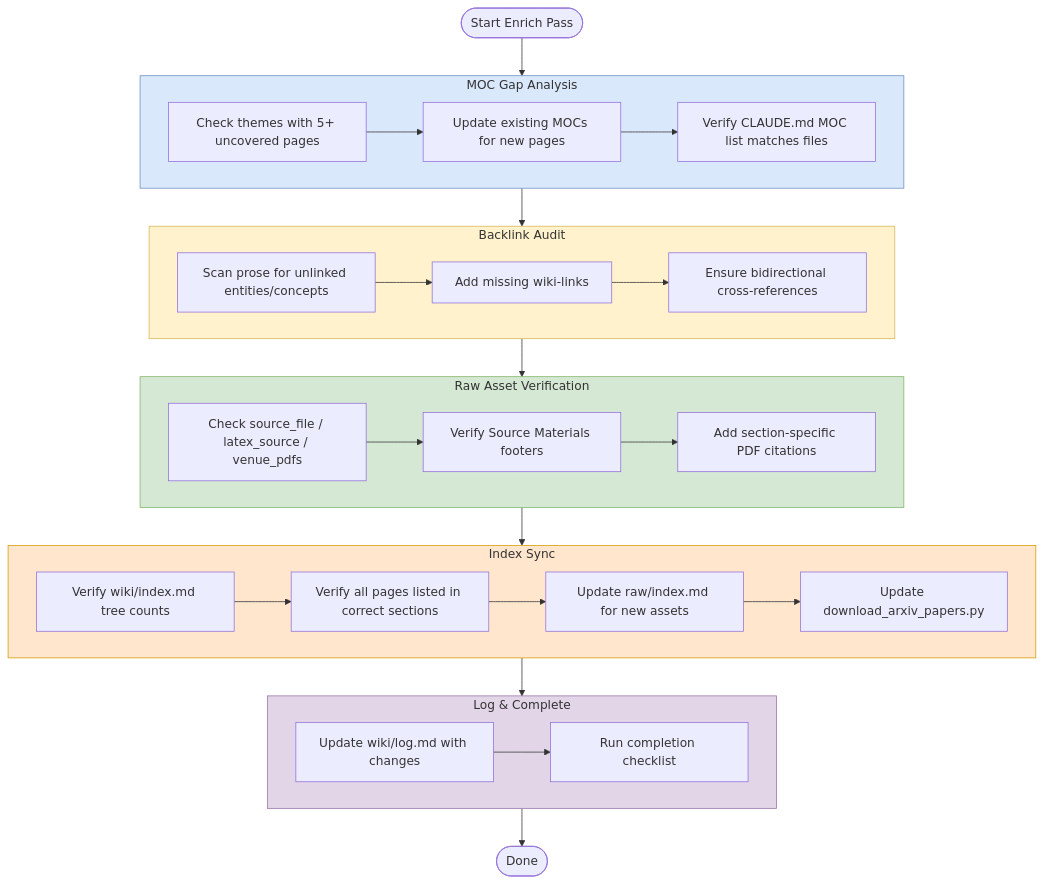
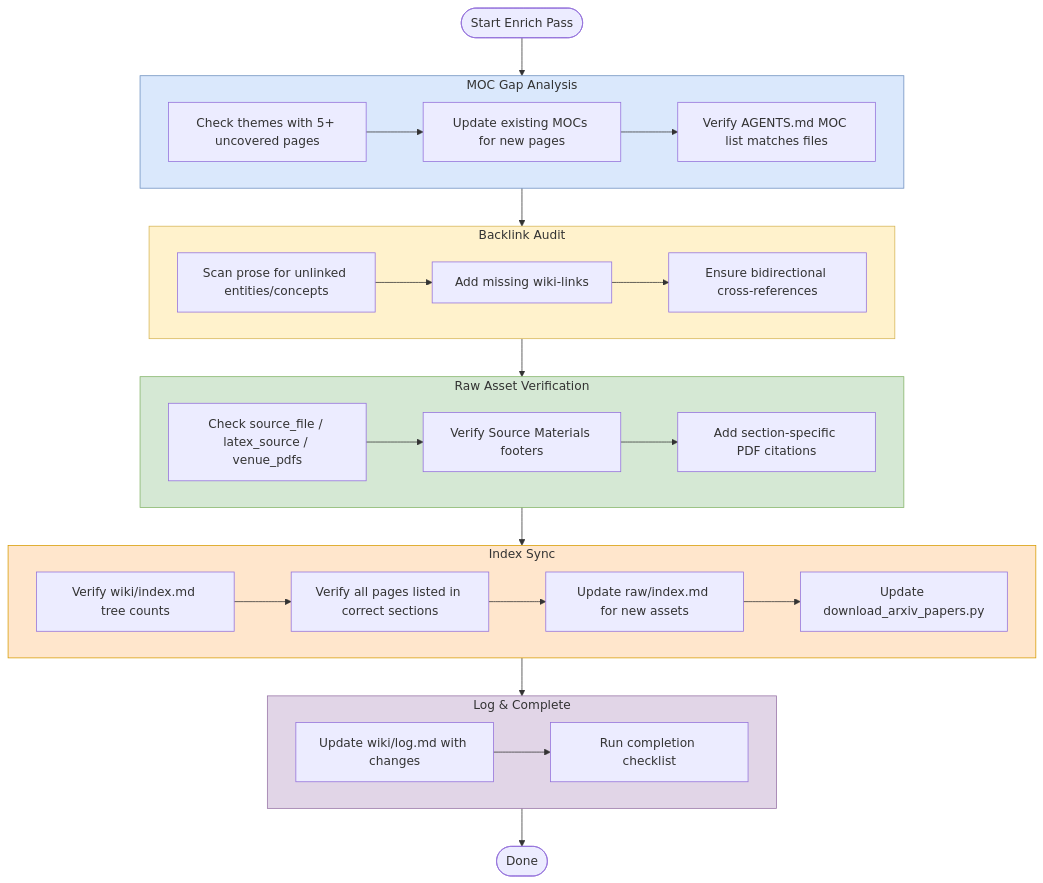
The diagram in workflows/enrich.md (CompleteTech-LLC-AI-Research/beyond-the-token-bottleneck), drawn with Mermaid before and after one commit. The commit also changed other lines of this file and 13 other files, not shown here.

````diff
--- a/workflows/enrich.md
+++ b/workflows/enrich.md
@@ -3,54 +3,54 @@
 ```mermaid
 graph TD
     Start([Start Enrich Pass]) --> MOC
 
     subgraph MOC["MOC Gap Analysis"]
         style MOC fill:#dae8fc,stroke:#6c8ebf
         M1[Check themes with 5+ uncovered pages]
         M2[Update existing MOCs for new pages]
-        M3[Verify CLAUDE.md MOC list matches files]
+M3[Verify AGENTS.md MOC list matches files]
         M1 --> M2 --> M3
     end
 
     MOC --> BL
 
     subgraph BL["Backlink Audit"]
         style BL fill:#fff2cc,stroke:#d6b656
         B1[Scan prose for unlinked entities/concepts]
         B2[Add missing wiki-links]
         B3[Ensure bidirectional cross-references]
         B1 --> B2 --> B3
     end
 
     BL --> RA
 
     subgraph RA["Raw Asset Verification"]
         style RA fill:#d5e8d4,stroke:#82b366
         R1[Check source_file / latex_source / venue_pdfs]
         R2[Verify Source Materials footers]
         R3[Add section-specific PDF citations]
         R1 --> R2 --> R3
     end
 
     RA --> IX
 
     subgraph IX["Index Sync"]
         style IX fill:#ffe6cc,stroke:#d79b00
         I1[Verify wiki/index.md tree counts]
         I2[Verify all pages listed in correct sections]
         I3[Update raw/index.md for new assets]
         I4[Update download_arxiv_papers.py]
         I1 --> I2 --> I3 --> I4
     end
 
     IX --> LOG
 
     subgraph LOG["Log & Complete"]
         style LOG fill:#e1d5e7,stroke:#9673a6
         L1[Update wiki/log.md with changes]
         L2[Run completion checklist]
         L1 --> L2
     end
 
     LOG --> Done([Done])
 ```
````
